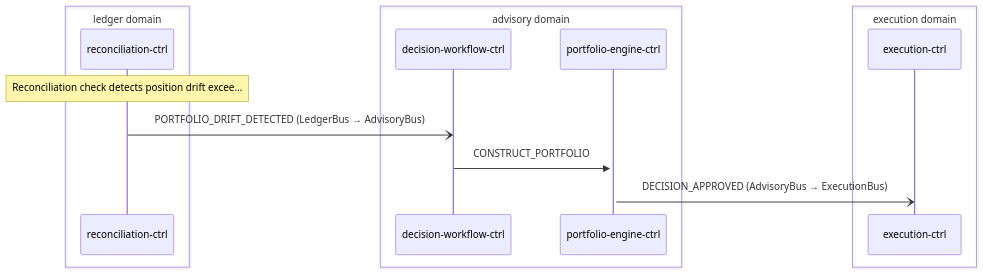
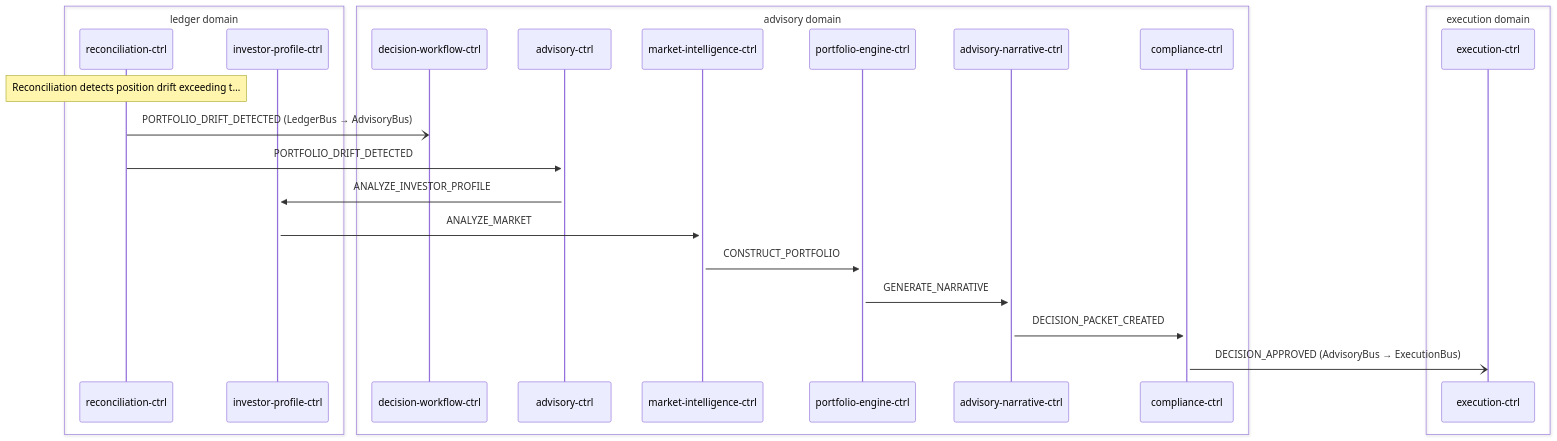
Before and after one commit to fabio-vitali/nestfolio: the second of 2 diagrams in docs/data-flows/portfolio-rebalance.md, drawn with Mermaid. The commit also changed other lines of this file and 53 other files, not shown here.

First line of the commit message:
docs: regenerate all service cards, flow specs, and C4 diagrams via /init-docs

````diff
--- a/docs/data-flows/portfolio-rebalance.md
+++ b/docs/data-flows/portfolio-rebalance.md
@@ -29,17 +34,27 @@
 ```mermaid
 sequenceDiagram
     box ledger domain
         participant reconciliation_ctrl as reconciliation-ctrl
+        participant investor_profile_ctrl as investor-profile-ctrl
     end
     box advisory domain
         participant decision_workflow_ctrl as decision-workflow-ctrl
+        participant advisory_ctrl as advisory-ctrl
+        participant market_intelligence_ctrl as market-intelligence-ctrl
         participant portfolio_engine_ctrl as portfolio-engine-ctrl
+        participant advisory_narrative_ctrl as advisory-narrative-ctrl
+        participant compliance_ctrl as compliance-ctrl
     end
     box execution domain
         participant execution_ctrl as execution-ctrl
     end
-    Note over reconciliation_ctrl: Reconciliation check detects position drift excee…
+    Note over reconciliation_ctrl: Reconciliation detects position drift exceeding t…
     reconciliation_ctrl-)decision_workflow_ctrl: PORTFOLIO_DRIFT_DETECTED (LedgerBus → AdvisoryBus)
-    decision_workflow_ctrl->>+portfolio_engine_ctrl: CONSTRUCT_PORTFOLIO
-    portfolio_engine_ctrl-)execution_ctrl: DECISION_APPROVED (AdvisoryBus → ExecutionBus)
+    reconciliation_ctrl->>+advisory_ctrl: PORTFOLIO_DRIFT_DETECTED
+    advisory_ctrl->>+investor_profile_ctrl: ANALYZE_INVESTOR_PROFILE
+    investor_profile_ctrl->>+market_intelligence_ctrl: ANALYZE_MARKET
+    market_intelligence_ctrl->>+portfolio_engine_ctrl: CONSTRUCT_PORTFOLIO
+    portfolio_engine_ctrl->>+advisory_narrative_ctrl: GENERATE_NARRATIVE
+    advisory_narrative_ctrl->>+compliance_ctrl: DECISION_PACKET_CREATED
+    compliance_ctrl-)execution_ctrl: DECISION_APPROVED (AdvisoryBus → ExecutionBus)
 ```
````
